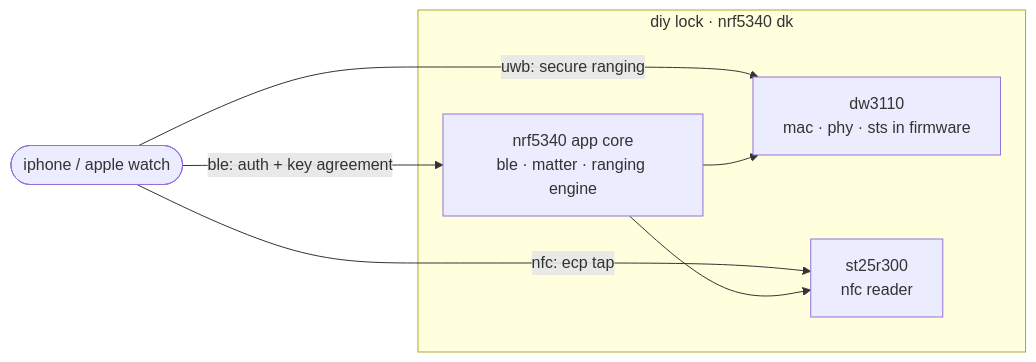
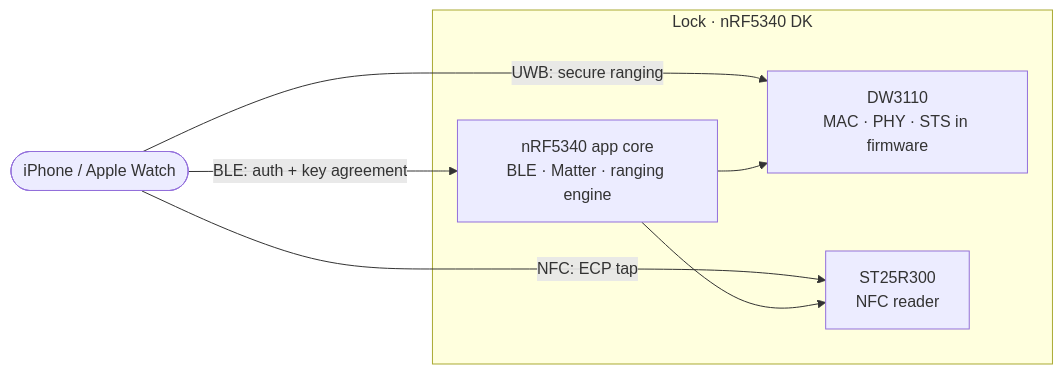
One commit to jonathan-shc/UWB changed the diagram in README.md. Above: the diagram before and after it, drawn with Mermaid. The commit also changed other lines of this file, not shown here.

````diff
--- a/README.md
+++ b/README.md
@@ -67,14 +78,14 @@
 ```mermaid
 flowchart LR
-  phone(["iphone / apple watch"])
-  phone -- "ble: auth + key agreement" --> soc
-  phone -- "uwb: secure ranging" --> uwb
-  phone -- "nfc: ecp tap" --> nfc
-  subgraph lock ["diy lock · nrf5340 dk"]
-    soc["nrf5340 app core<br/>ble · matter · ranging engine"]
-    uwb["dw3110<br/>mac · phy · sts in firmware"]
-    nfc["st25r300<br/>nfc reader"]
+  phone(["iPhone / Apple Watch"])
+  phone -- "BLE: auth + key agreement" --> soc
+  phone -- "UWB: secure ranging" --> uwb
+  phone -- "NFC: ECP tap" --> nfc
+  subgraph lock ["Lock · nRF5340 DK"]
+    soc["nRF5340 app core<br/>BLE · Matter · ranging engine"]
+    uwb["DW3110<br/>MAC · PHY · STS in firmware"]
+    nfc["ST25R300<br/>NFC reader"]
     soc --> uwb
     soc --> nfc
   end
 ```
````
